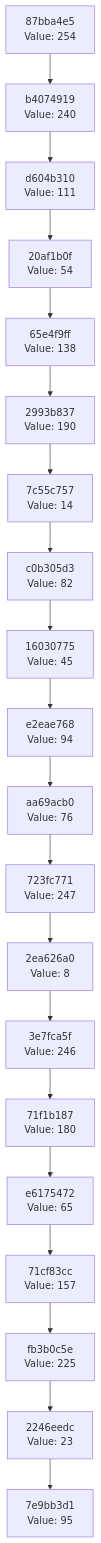
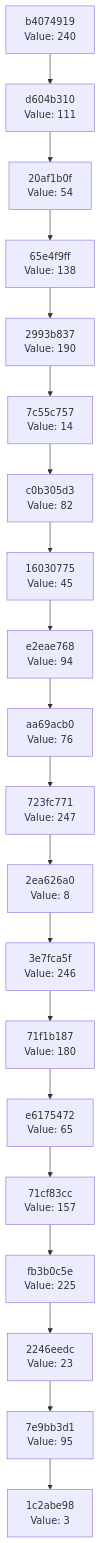
One commit to Abhisheksinha1506/hash-chain-evolver changed the diagram in docs/CHAIN_VISUALIZATION.md. Above: the diagram before and after it, drawn with Mermaid. The commit also changed 2 other files, not shown here.

Commit message:
Evolution Step

````diff
--- a/docs/CHAIN_VISUALIZATION.md
+++ b/docs/CHAIN_VISUALIZATION.md
@@ -3,42 +3,42 @@
 ```mermaid
 graph TD
-    C0["7e9bb3d1<br/>Value: 95"]
-    C1["2246eedc<br/>Value: 23"]
+    C0["1c2abe98<br/>Value: 3"]
+    C1["7e9bb3d1<br/>Value: 95"]
     C1 --> C0
-    C2["fb3b0c5e<br/>Value: 225"]
+    C2["2246eedc<br/>Value: 23"]
     C2 --> C1
-    C3["71cf83cc<br/>Value: 157"]
+    C3["fb3b0c5e<br/>Value: 225"]
     C3 --> C2
-    C4["e6175472<br/>Value: 65"]
+    C4["71cf83cc<br/>Value: 157"]
     C4 --> C3
-    C5["71f1b187<br/>Value: 180"]
+    C5["e6175472<br/>Value: 65"]
     C5 --> C4
-    C6["3e7fca5f<br/>Value: 246"]
+    C6["71f1b187<br/>Value: 180"]
     C6 --> C5
-    C7["2ea626a0<br/>Value: 8"]
+    C7["3e7fca5f<br/>Value: 246"]
     C7 --> C6
-    C8["723fc771<br/>Value: 247"]
+    C8["2ea626a0<br/>Value: 8"]
     C8 --> C7
-    C9["aa69acb0<br/>Value: 76"]
+    C9["723fc771<br/>Value: 247"]
     C9 --> C8
-    C10["e2eae768<br/>Value: 94"]
+    C10["aa69acb0<br/>Value: 76"]
     C10 --> C9
-    C11["16030775<br/>Value: 45"]
+    C11["e2eae768<br/>Value: 94"]
     C11 --> C10
-    C12["c0b305d3<br/>Value: 82"]
+    C12["16030775<br/>Value: 45"]
     C12 --> C11
-    C13["7c55c757<br/>Value: 14"]
+    C13["c0b305d3<br/>Value: 82"]
     C13 --> C12
-    C14["2993b837<br/>Value: 190"]
+    C14["7c55c757<br/>Value: 14"]
     C14 --> C13
-    C15["65e4f9ff<br/>Value: 138"]
+    C15["2993b837<br/>Value: 190"]
     C15 --> C14
-    C16["20af1b0f<br/>Value: 54"]
+    C16["65e4f9ff<br/>Value: 138"]
     C16 --> C15
-    C17["d604b310<br/>Value: 111"]
+    C17["20af1b0f<br/>Value: 54"]
     C17 --> C16
-    C18["b4074919<br/>Value: 240"]
+    C18["d604b310<br/>Value: 111"]
     C18 --> C17
-    C19["87bba4e5<br/>Value: 254"]
+    C19["b4074919<br/>Value: 240"]
     C19 --> C18
 ```
````
